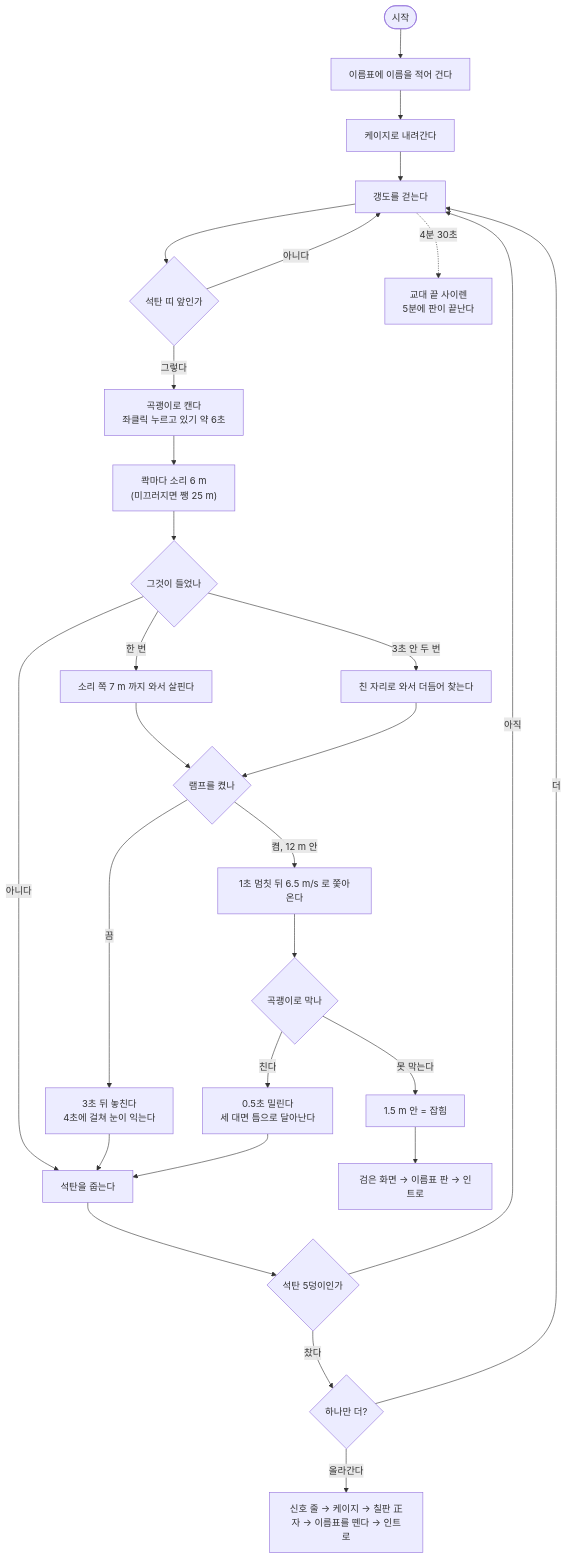
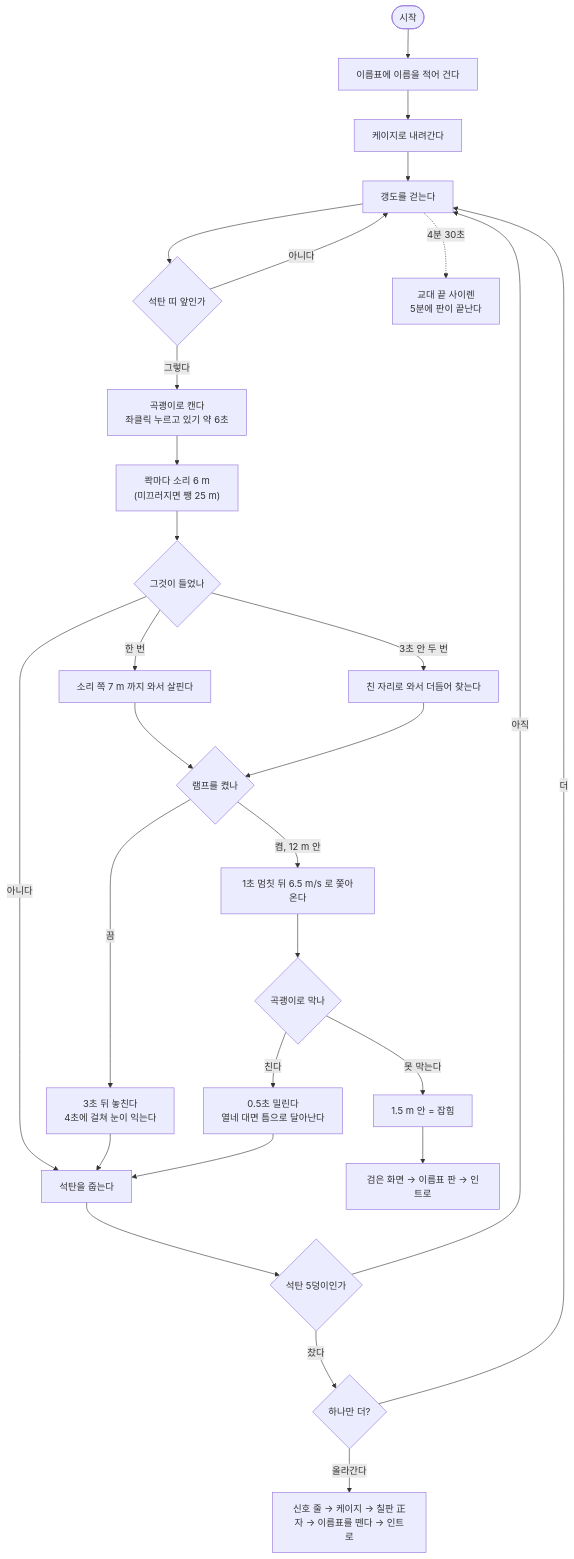
One commit to jhyun1234/Tunnel changed the seventh of 8 diagrams in docs/기획서/기획서.md. Above: the diagram before and after it, drawn with Mermaid. The commit also changed other lines of this file and 4 other files, not shown here.

````diff
--- a/docs/기획서/기획서.md
+++ b/docs/기획서/기획서.md
@@ -645,28 +645,28 @@
 ```mermaid
 flowchart TD
   S(["시작"]) --> T["이름표에 이름을 적어 건다"] --> D["케이지로 내려간다"] --> W["갱도를 걷는다"]
   W --> V{"석탄 띠 앞인가"}
   V -- 아니다 --> W
   V -- 그렇다 --> H["곡괭이로 캔다<br/>좌클릭 누르고 있기 약 6초"]
   H --> N["콱마다 소리 6 m<br/>(미끄러지면 쨍 25 m)"]
   N --> A{"그것이 들었나"}
   A -- 아니다 --> O["석탄을 줍는다"]
   A -- 한 번 --> A1["소리 쪽 7 m 까지 와서 살핀다"]
   A -- 3초 안 두 번 --> A2["친 자리로 와서 더듬어 찾는다"]
   A1 --> L{"램프를 켰나"}
   A2 --> L
   L -- 끔 --> X["3초 뒤 놓친다<br/>4초에 걸쳐 눈이 익는다"]
   L -- 켬, 12 m 안 --> C["1초 멈칫 뒤 6.5 m/s 로 쫓아온다"]
   C --> B{"곡괭이로 막나"}
-  B -- 친다 --> K["0.5초 밀린다<br/>세 대면 틈으로 달아난다"]
+  B -- 친다 --> K["0.5초 밀린다<br/>열네 대면 틈으로 달아난다"]
   B -- 못 막는다 --> Z["1.5 m 안 = 잡힘"]
   Z --> G["검은 화면 → 이름표 판 → 인트로"]
   X --> O
   K --> O
   O --> P{"석탄 5덩이인가"}
   P -- 아직 --> W
   P -- 찼다 --> Q{"하나만 더?"}
   Q -- 더 --> W
   Q -- 올라간다 --> U["신호 줄 → 케이지 → 칠판 正자 → 이름표를 뗀다 → 인트로"]
   W -. 4분 30초 .-> R["교대 끝 사이렌<br/>5분에 판이 끝난다"]
 ```
````
